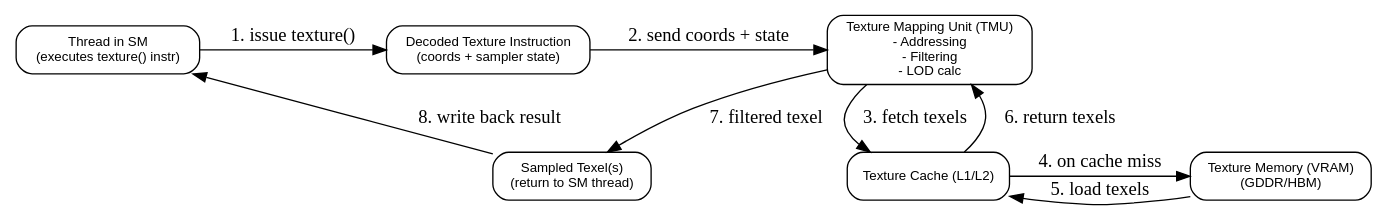
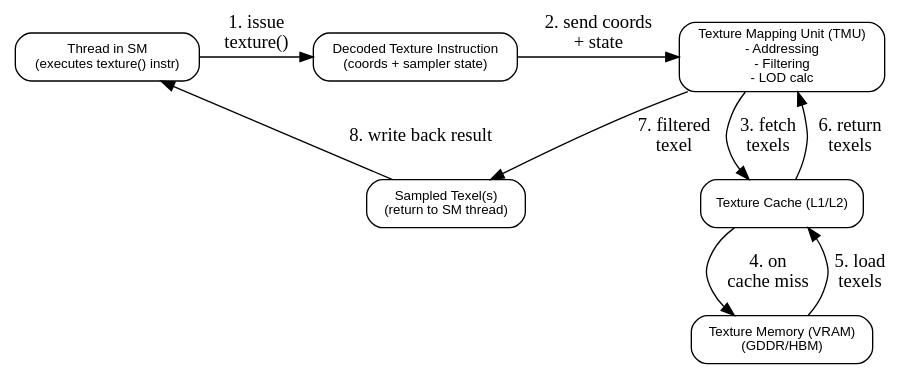
The diagram in Fig/gpu/texture-fetch.gv (Jonathan2251/lbd), drawn with Graphviz before and after one commit. The commit also changed 12 other files, not shown here.

```diff
--- a/Fig/gpu/texture-fetch.gv
+++ b/Fig/gpu/texture-fetch.gv
@@ -1,24 +1,24 @@
 digraph TextureFetch {
   rankdir=TB;
   node [shape=box, fontname="Helvetica", fontsize=10, style=rounded];
 
   Thread [label="Thread in SM\n(executes texture() instr)"];
   Instr [label="Decoded Texture Instruction\n(coords + sampler state)"];
   TMU [label="Texture Mapping Unit (TMU)\n- Addressing\n- Filtering\n- LOD calc"];
   TCache [label="Texture Cache (L1/L2)"];
   VRAM [label="Texture Memory (VRAM)\n(GDDR/HBM)"];
   Result [label="Sampled Texel(s)\n(return to SM thread)"];
 
-  Thread -> Instr [label="1. issue texture()"];
-  Instr -> TMU [label="2. send coords + state"];
-  TMU -> TCache [label="3. fetch texels"];
-  TCache -> VRAM [label="4. on cache miss"];
-  VRAM -> TCache [label="5. load texels"];
-  TCache -> TMU [label="6. return texels"];
-  TMU -> Result [label="7. filtered texel"];
+  Thread -> Instr [label="1. issue\n texture()"];
+  Instr -> TMU [label="2. send coords\n + state"];
+  TMU -> TCache [label="3. fetch\n texels"];
+  TCache -> VRAM [label="4. on\n cache miss"];
+  VRAM -> TCache [label="5. load\n texels"];
+  TCache -> TMU [label="6. return\n texels"];
+  TMU -> Result [label="7. filtered\n texel"];
   Result -> Thread [label="8. write back result"];
 
   { rank = same; Thread; Instr; TMU }
-  { rank = same; TCache; VRAM }
-  { rank = same; Result }
+  { rank = same; TCache; Result }
+  { rank = same; VRAM }
 }
```
